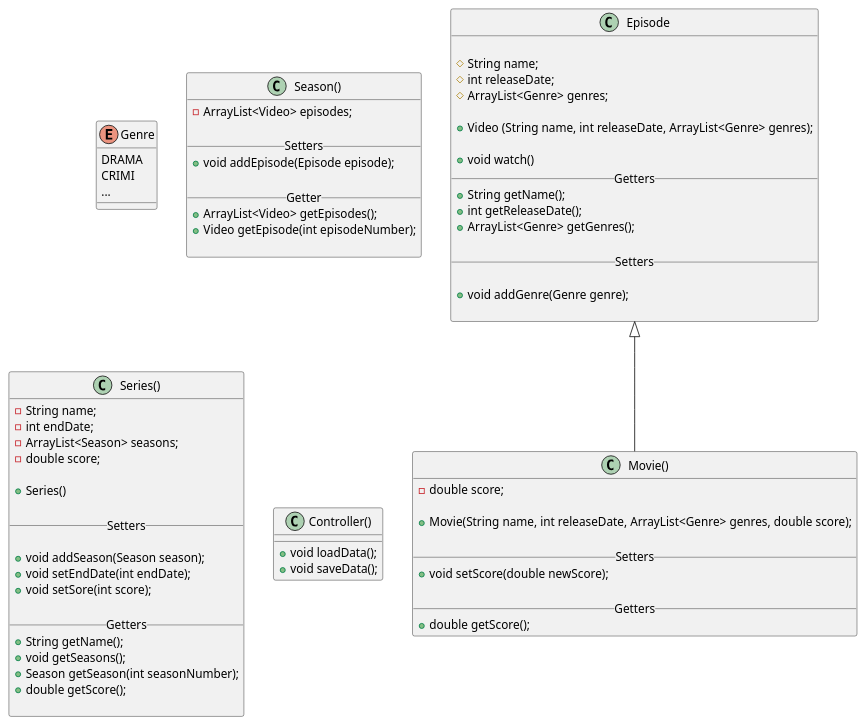
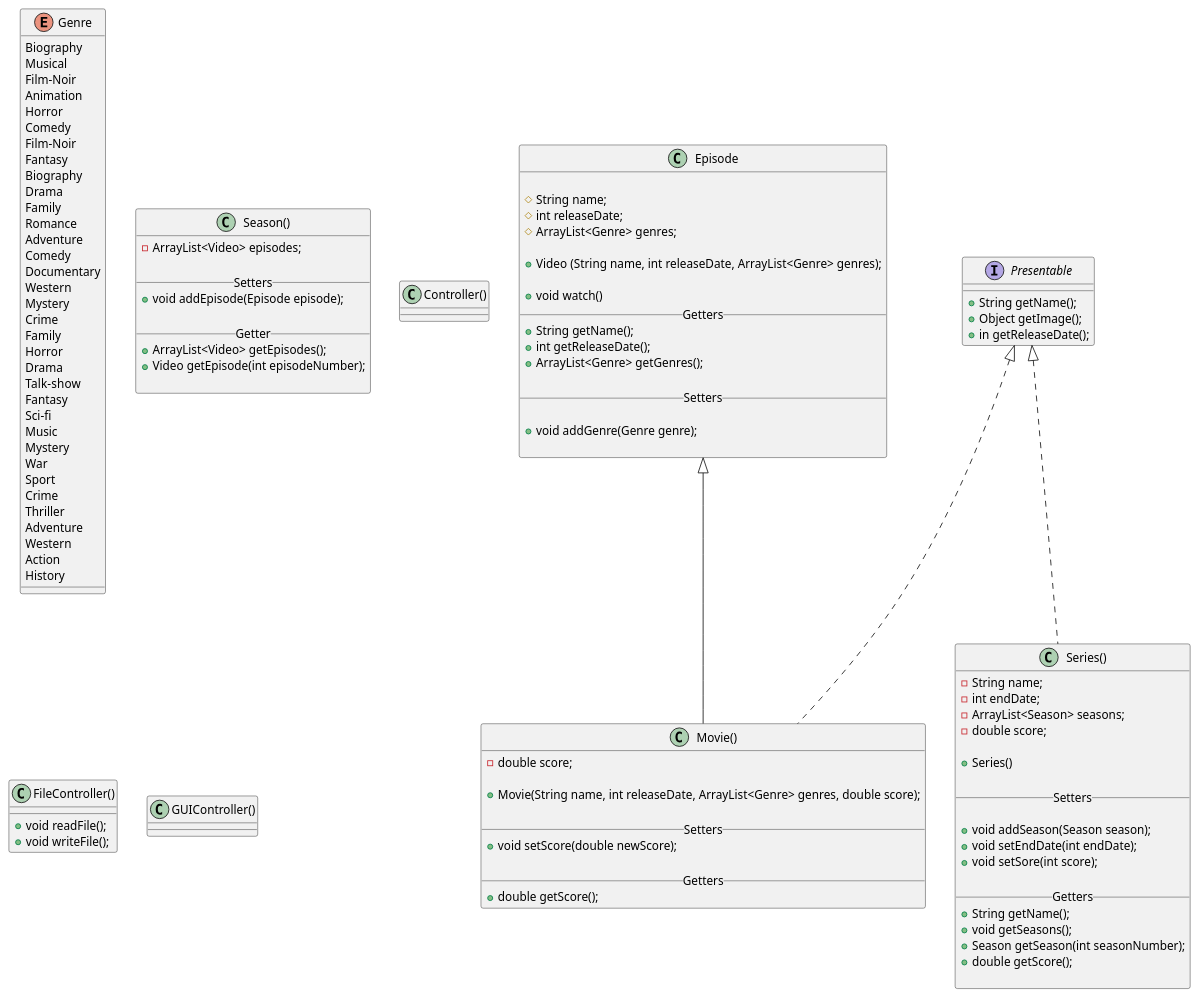
The diagram in UMLDiagram.puml (BE-CH/ITU-ExamProject2020-Streaming-Service), drawn with PlantUML before and after one commit. The commit also changed 2 other files, not shown here.

```diff
--- a/UMLDiagram.puml
+++ b/UMLDiagram.puml
@@ -1,87 +1,129 @@
 @startuml
 
 enum Genre {
-  DRAMA
-  CRIMI
-  ...
+  Biography
+  Musical
+  Film-Noir
+  Animation
+  Horror
+  Comedy
+  Film-Noir
+  Fantasy
+  Biography
+  Drama
+  Family
+  Romance
+  Adventure
+  Comedy
+  Documentary
+  Western
+  Mystery
+  Crime
+  Family
+  Horror
+  Drama
+  Talk-show
+  Fantasy
+  Sci-fi
+  Music
+  Mystery
+  War
+  Sport
+  Crime
+  Thriller
+  Adventure
+  Western
+  Action
+  History
 }
 
 class Episode {
 
 # String name;
 # int releaseDate;
 # ArrayList<Genre> genres;
 
 + Video (String name, int releaseDate, ArrayList<Genre> genres);
 
 + void watch()
 __ Getters __
 + String getName();
 + int getReleaseDate();
 + ArrayList<Genre> getGenres();
 
 __ Setters __
 
 + void addGenre(Genre genre);
 
 }
 
-class Movie() extends Episode{
+class Movie() extends Episode implements Presentable{
 - double score;
 
 + Movie(String name, int releaseDate, ArrayList<Genre> genres, double score);
 
 __ Setters __
 + void setScore(double newScore);
 
 __ Getters __
 + double getScore();
 }
 
 class Season(){
 - ArrayList<Video> episodes;
 
 __ Setters __
 + void addEpisode(Episode episode);
 
 __ Getter __
 + ArrayList<Video> getEpisodes();
 + Video getEpisode(int episodeNumber);
 
 }
 
-class Series(){
+class Series() implements Presentable{
 - String name;
 - int endDate;
 - ArrayList<Season> seasons;
 - double score;
 
 + Series()
 
 __ Setters __
 
 + void addSeason(Season season);
 + void setEndDate(int endDate);
 + void setSore(int score);
 
 __ Getters __
 + String getName();
 + void getSeasons();
 + Season getSeason(int seasonNumber);
 + double getScore();
 
 }
 
 class Controller(){
 
 
+}
 
+interface Presentable{
++ String getName();
++ Object getImage();
++ in getReleaseDate();
+}
 
-+ void loadData();
-+ void saveData();
+class FileController(){
++ void readFile();
++ void writeFile();
+}
+
+class GUIController(){
+
 
 }
 
 
 
 @enduml
```
